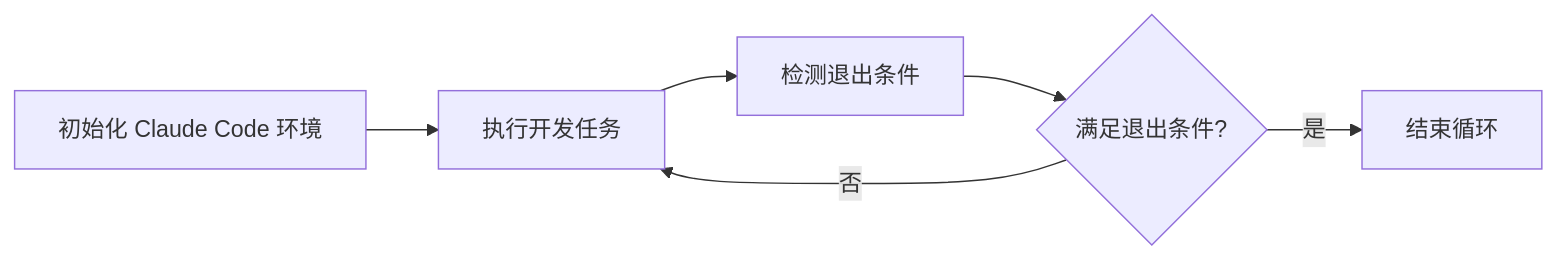
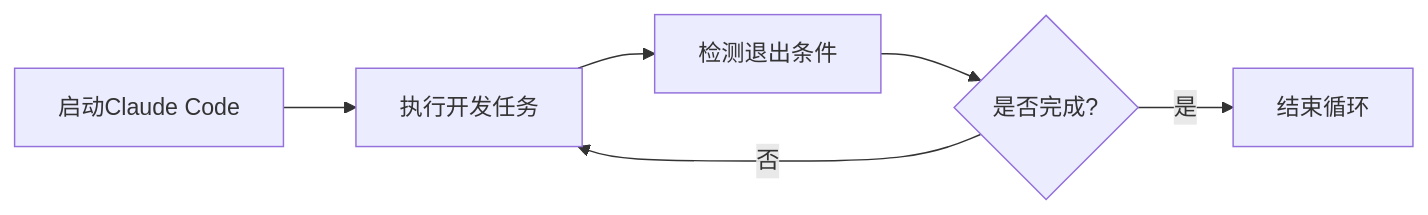
One commit to wayyoungboy/github-trending-reporter changed the second of 5 diagrams in reports/2026/01/2026-01-12.md. Above: the diagram before and after it, drawn with Mermaid. The commit also changed other lines of this file and 1 other file, not shown here.

````diff
--- a/reports/2026/01/2026-01-12.md
+++ b/reports/2026/01/2026-01-12.md
@@ -114,8 +112,8 @@
 ```mermaid
 graph LR
-    A[初始化 Claude Code 环境] --> B[执行开发任务]
+    A[启动Claude Code] --> B[执行开发任务]
     B --> C[检测退出条件]
-    C --> D{满足退出条件?}
+    C --> D{是否完成?}
     D -- 是 --> E[结束循环]
     D -- 否 --> B
 ```
````
